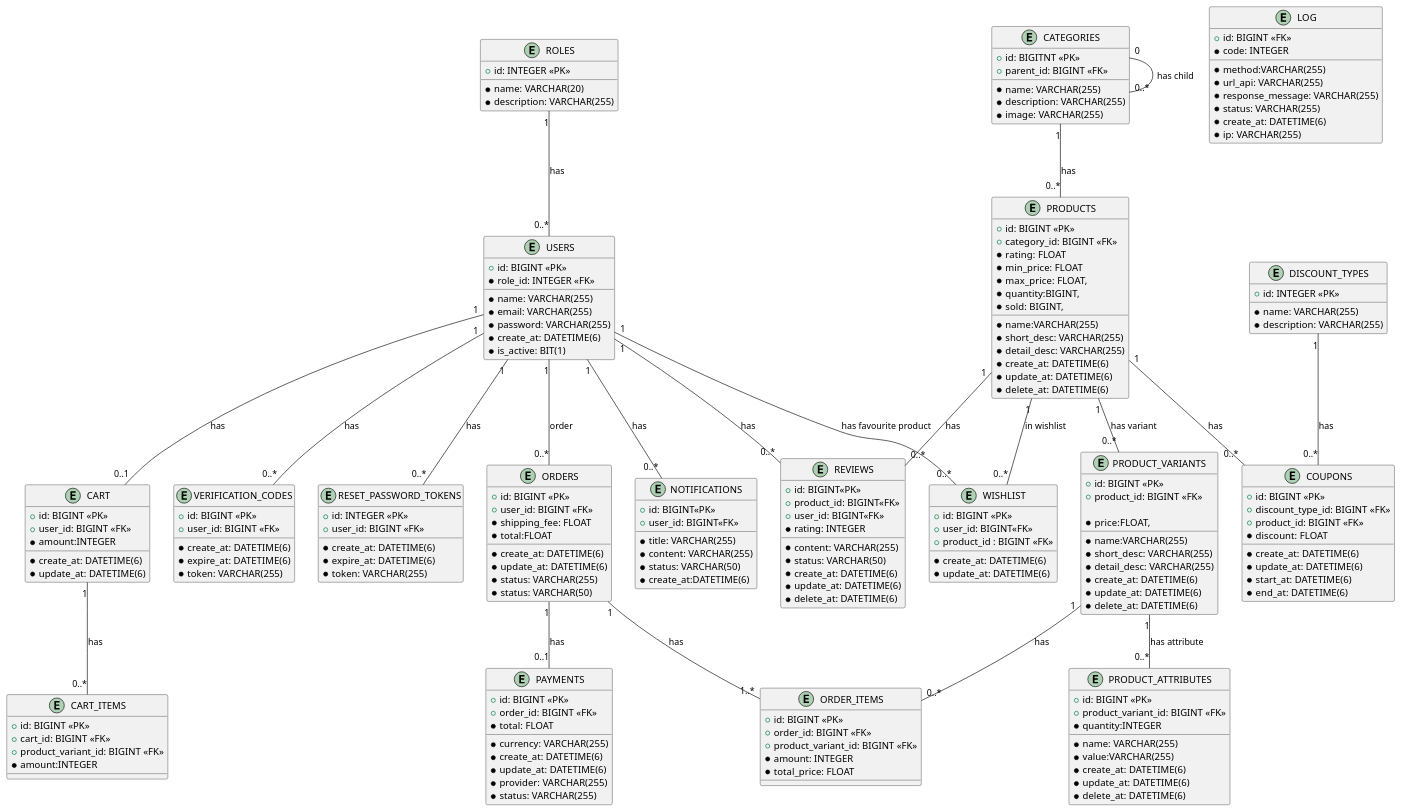
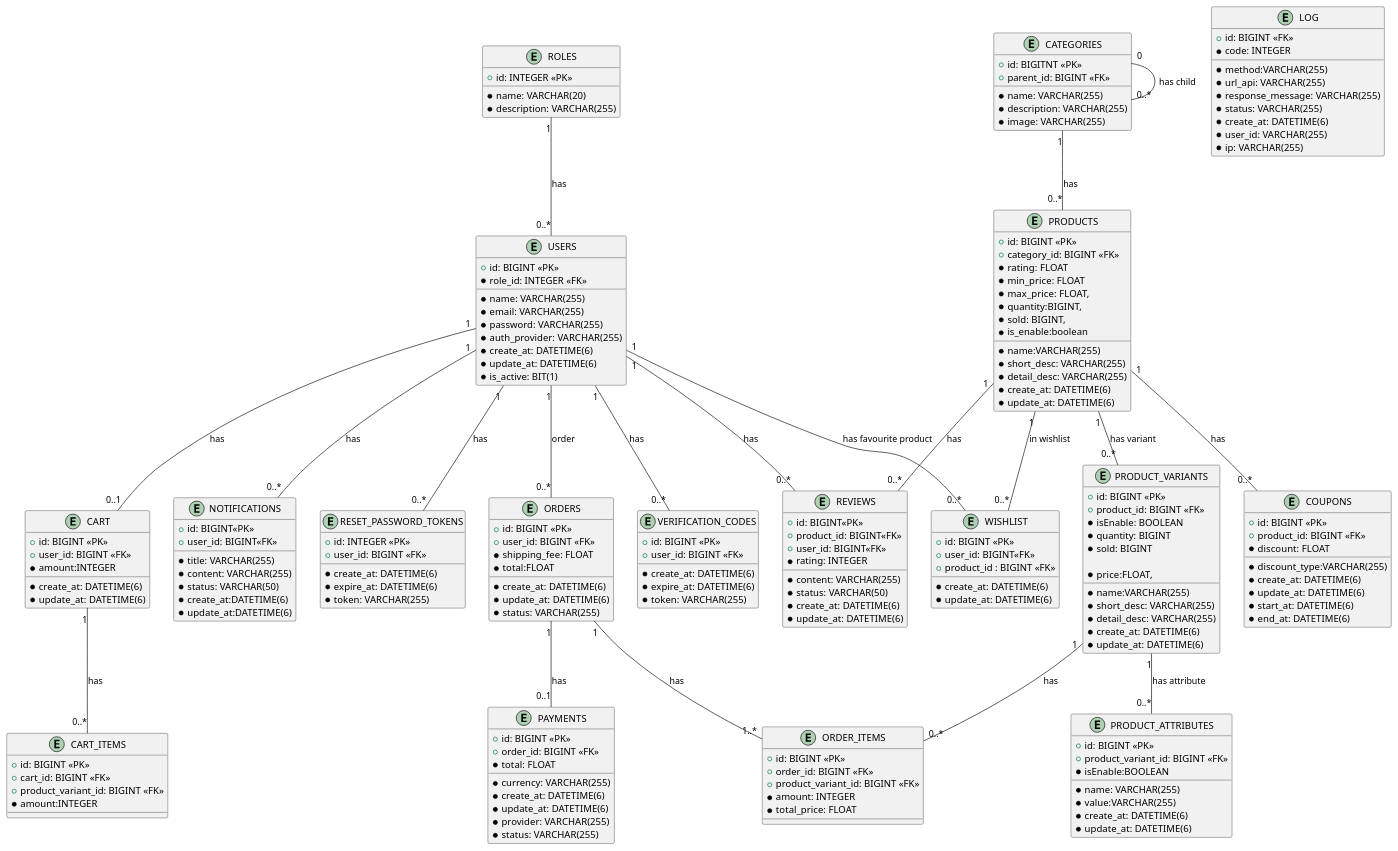
The diagram in data_diagram.plantuml (BinhUIT/web_ban_hang), drawn with PlantUML before and after one commit. The commit also changed 45 other files, not shown here.

```diff
--- a/data_diagram.plantuml
+++ b/data_diagram.plantuml
@@ -1,195 +1,193 @@
 @startuml
 entity "USERS" {
 +id: BIGINT <<PK>>
 *name: VARCHAR(255)
 *email: VARCHAR(255)
 *password: VARCHAR(255)
+*auth_provider: VARCHAR(255)
 *role_id: INTEGER <<FK>>
 *create_at: DATETIME(6)
+*update_at: DATETIME(6)
 *is_active: BIT(1)
 }
 entity "VERIFICATION_CODES" {
   +id: BIGINT <<PK>>
   +user_id: BIGINT <<FK>>
   *create_at: DATETIME(6)
   *expire_at: DATETIME(6)
   *token: VARCHAR(255)
 }
 USERS "1" -- "0..*" VERIFICATION_CODES : has
 entity "ROLES" {
 +id: INTEGER <<PK>>
 *name: VARCHAR(20)
 *description: VARCHAR(255)
 }
 ROLES "1" --"0..*" USERS : has
 entity "RESET_PASSWORD_TOKENS" {
   +id: INTEGER <<PK>>
   +user_id: BIGINT <<FK>>
   *create_at: DATETIME(6)
   *expire_at: DATETIME(6)
   *token: VARCHAR(255)
 }
 USERS "1" -- "0..*" RESET_PASSWORD_TOKENS : has
 entity "CATEGORIES" {
 +id: BIGITNT <<PK>>
 *name: VARCHAR(255)
 *description: VARCHAR(255)
 *image: VARCHAR(255)
 +parent_id: BIGINT <<FK>>
 } 
 CATEGORIES "0" --"0..*" CATEGORIES: has child
 entity "PRODUCTS" {
 +id: BIGINT <<PK>> 
 +category_id: BIGINT <<FK>>
 *name:VARCHAR(255)
 *short_desc: VARCHAR(255)
 *detail_desc: VARCHAR(255)
 *create_at: DATETIME(6)
 *update_at: DATETIME(6)
-*delete_at: DATETIME(6)
 *rating: FLOAT
 *min_price: FLOAT
 *max_price: FLOAT,
 *quantity:BIGINT,
 *sold: BIGINT,
+*is_enable:boolean
 } 
 CATEGORIES "1" -- "0..*" PRODUCTS : has
 entity "PRODUCT_VARIANTS" {
 +id: BIGINT <<PK>>
 +product_id: BIGINT <<FK>>
 *name:VARCHAR(255)
 *short_desc: VARCHAR(255)
 *detail_desc: VARCHAR(255)
 *create_at: DATETIME(6)
 *update_at: DATETIME(6)
-*delete_at: DATETIME(6)
+*isEnable: BOOLEAN
+*quantity: BIGINT
+*sold: BIGINT
 
 *price:FLOAT,
 
 }
 
 PRODUCTS "1" --"0..*" PRODUCT_VARIANTS: has variant
 
 entity "PRODUCT_ATTRIBUTES" {
 +id: BIGINT <<PK>>
 +product_variant_id: BIGINT <<FK>>
 *name: VARCHAR(255)
 *value:VARCHAR(255)
 *create_at: DATETIME(6)
 *update_at: DATETIME(6)
-*delete_at: DATETIME(6)
-*quantity:INTEGER
-
-
+*isEnable:BOOLEAN
 }
 entity "LOG" {
   +id: BIGINT <<FK>>
   *method:VARCHAR(255)
   *url_api: VARCHAR(255) 
   *response_message: VARCHAR(255)
   *code: INTEGER
   *status: VARCHAR(255)
   *create_at: DATETIME(6)
+  *user_id: VARCHAR(255)
   *ip: VARCHAR(255)
 }
 
 
 
 PRODUCT_VARIANTS "1" -- "0..*" PRODUCT_ATTRIBUTES: has attribute 
  entity "WISHLIST" { 
  +id: BIGINT <<PK>>
  +user_id: BIGINT<<FK>>
  +product_id : BIGINT <<FK>>
  *create_at: DATETIME(6)
 *update_at: DATETIME(6)
  }
  USERS "1" -- "0..*" WISHLIST: has favourite product
  PRODUCTS "1" --"0..*" WISHLIST: in wishlist
  
  entity "CART" {
  +id: BIGINT <<PK>>
  +user_id: BIGINT <<FK>>
  *amount:INTEGER
  *create_at: DATETIME(6)
 *update_at: DATETIME(6)
  }
  USERS "1" -- "0..1" CART: has
  entity "CART_ITEMS" { 
  +id: BIGINT <<PK>>
  +cart_id: BIGINT <<FK>>
  +product_variant_id: BIGINT <<FK>>
  *amount:INTEGER
  }
  CART "1" -- "0..*" CART_ITEMS: has
  entity "ORDERS" {
  +id: BIGINT <<PK>>
  +user_id: BIGINT <<FK>>
  *create_at: DATETIME(6)
  *update_at: DATETIME(6)
  *status: VARCHAR(255)
  *shipping_fee: FLOAT
  *total:FLOAT
- *status: VARCHAR(50)
  }
  USERS "1" -- "0..*" ORDERS: order
  entity "ORDER_ITEMS" {
  +id: BIGINT <<PK>>
  +order_id: BIGINT <<FK>>
  +product_variant_id: BIGINT <<FK>>
  *amount: INTEGER
  *total_price: FLOAT
  }
  ORDERS "1" --"1..*" ORDER_ITEMS: has
  PRODUCT_VARIANTS "1" -- "0..*" ORDER_ITEMS: has
  entity "PAYMENTS" { 
  +id: BIGINT <<PK>>
  +order_id: BIGINT <<FK>>
  *currency: VARCHAR(255)
  *total: FLOAT
  *create_at: DATETIME(6)
  *update_at: DATETIME(6)
  *provider: VARCHAR(255)
  *status: VARCHAR(255)
  }
  ORDERS "1" --"0..1" PAYMENTS: has
-entity "DISCOUNT_TYPES" { 
-  +id: INTEGER <<PK>>
-  *name: VARCHAR(255)
-  *description: VARCHAR(255)
-}
+
 entity "COUPONS" { 
   +id: BIGINT <<PK>>
-  +discount_type_id: BIGINT <<FK>>
+  *discount_type:VARCHAR(255)
   +product_id: BIGINT <<FK>>
   *discount: FLOAT
   *create_at: DATETIME(6)
   *update_at: DATETIME(6)
   *start_at: DATETIME(6)
   *end_at: DATETIME(6)
 }
 PRODUCTS "1" -- "0..*" COUPONS: has
-DISCOUNT_TYPES "1"--"0..*" COUPONS: has
+
 entity "REVIEWS" {
     +id: BIGINT<<PK>>
     +product_id: BIGINT<<FK>>
     +user_id: BIGINT<<FK>>
     *rating: INTEGER
     *content: VARCHAR(255)
     *status: VARCHAR(50) 
     *create_at: DATETIME(6)
     *update_at: DATETIME(6)
-    *delete_at: DATETIME(6)
+    
 }
 PRODUCTS "1" -- "0..*" REVIEWS: has
 USERS "1" -- "0..*" REVIEWS: has
 entity "NOTIFICATIONS" {
     +id: BIGINT<<PK>>
     +user_id: BIGINT<<FK>>
     *title: VARCHAR(255)
     *content: VARCHAR(255)
     *status: VARCHAR(50) 
     *create_at:DATETIME(6)
+    *update_at:DATETIME(6)
 }
 USERS "1" --"0..*" NOTIFICATIONS: has
 
 @enduml
```
